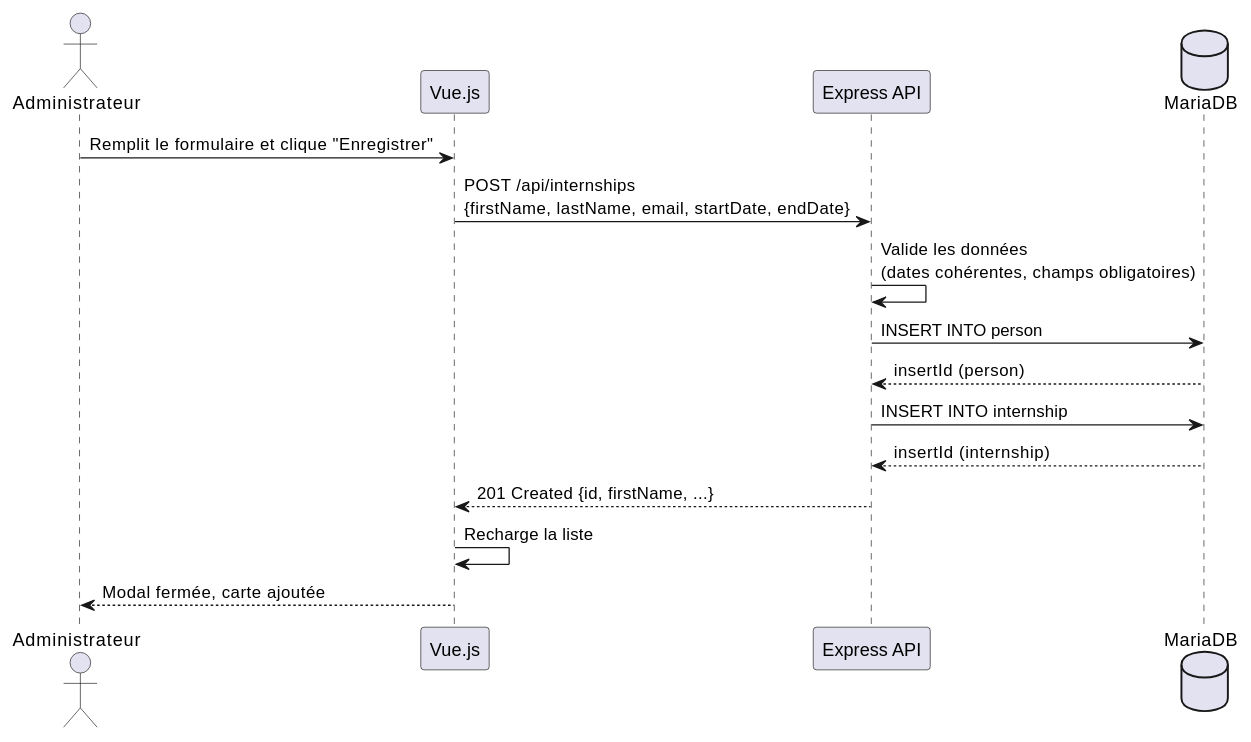
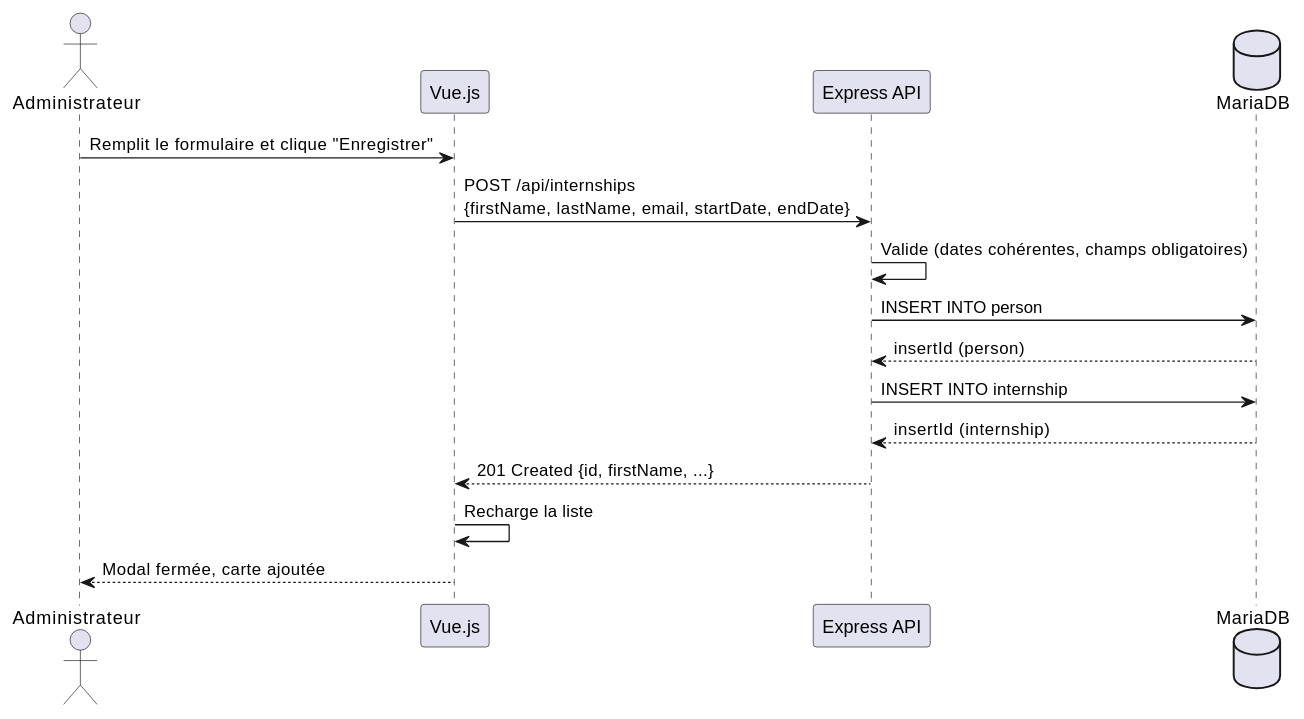
Before and after one commit to PelleLuka/internship-management-save: the first of 3 diagrams in docs/checklist-from-scratch.md, drawn with PlantUML. The commit also changed other lines of this file, not shown here.

Commit message:
docs: expand Phase 3 sequence diagrams from 3 to 14 (full CRUD stagiaires/ateliers/catégories + associations + certificat)

````diff
--- a/docs/checklist-from-scratch.md
+++ b/docs/checklist-from-scratch.md
@@ -359,19 +371,19 @@
   ```plantuml
   @startuml
   actor Administrateur
   participant "Vue.js" as Vue
   participant "Express API" as API
   database "MariaDB" as DB
 
   Administrateur -> Vue : Remplit le formulaire et clique "Enregistrer"
   Vue -> API : POST /api/internships\n{firstName, lastName, email, startDate, endDate}
-  API -> API : Valide les données\n(dates cohérentes, champs obligatoires)
+  API -> API : Valide (dates cohérentes, champs obligatoires)
   API -> DB : INSERT INTO person
   DB --> API : insertId (person)
   API -> DB : INSERT INTO internship
   DB --> API : insertId (internship)
   API --> Vue : 201 Created {id, firstName, ...}
   Vue -> Vue : Recharge la liste
   Vue --> Administrateur : Modal fermée, carte ajoutée
   @enduml
   ```
````
